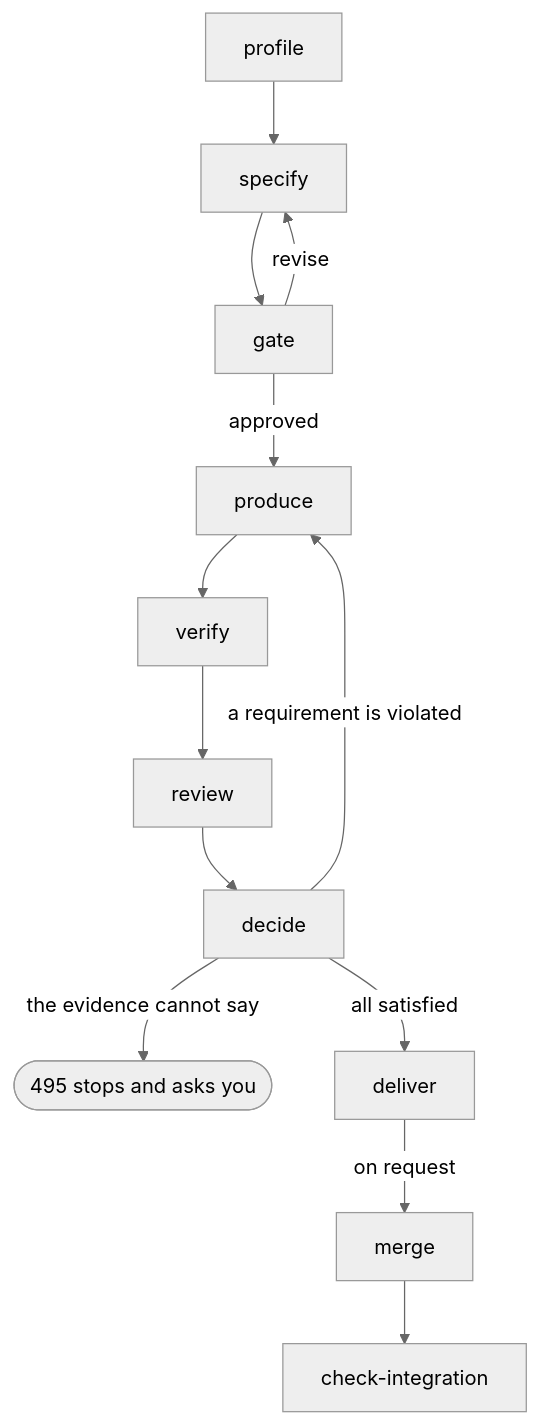
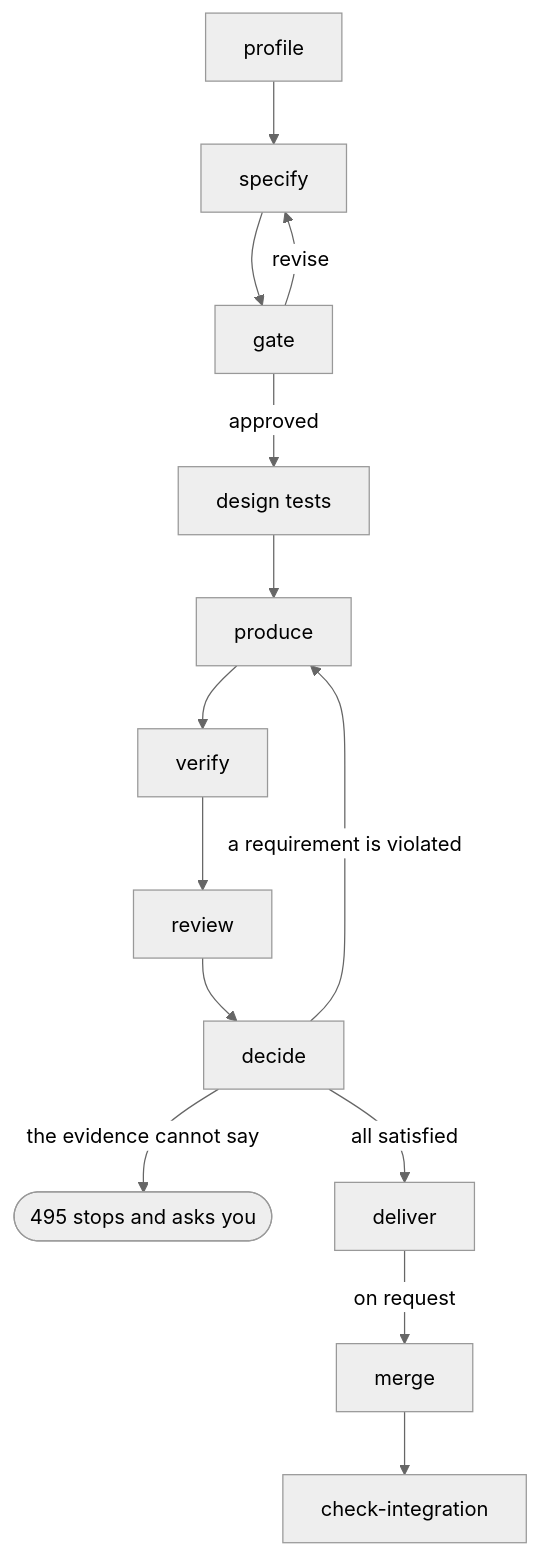
The diagram in README.md (jeanjerome/495), drawn with Mermaid (neutral theme) before and after one commit. The commit also changed other lines of this file and 24 other files, not shown here.

````diff
--- a/README.md
+++ b/README.md
@@ -393,11 +393,11 @@
 ```mermaid
 flowchart TD
   profile --> specify --> gate
-  gate -->|approved| produce
+  gate -->|approved| design[design tests]
   gate -->|revise| specify
-  produce --> verify --> review --> decide
+  design --> produce --> verify --> review --> decide
   decide -->|a requirement is violated| produce
   decide -->|the evidence cannot say| ask([495 stops and asks you])
   decide -->|all satisfied| deliver
   deliver -->|on request| merge --> check[check-integration]
 ```
````
